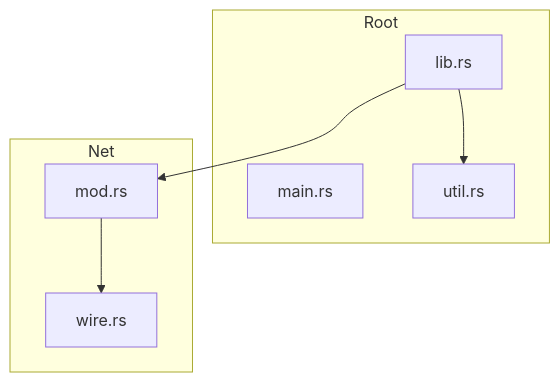
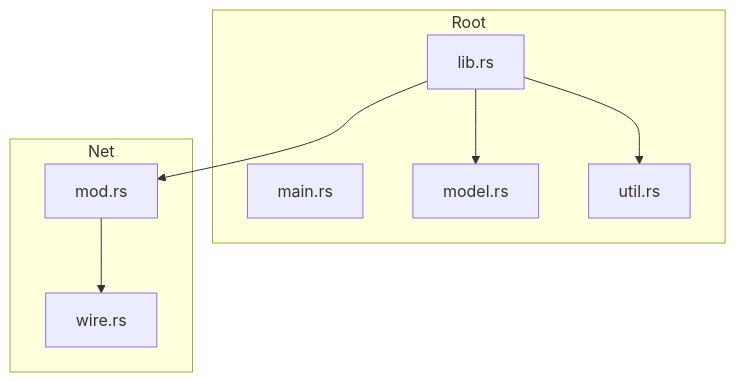
One commit to danielsimonjr/repo-tools changed the diagram in tests/golden/map/rs-repo/default/DEPENDENCY_GRAPH.md. Above: the diagram before and after it, drawn with Mermaid. The commit also changed other lines of this file and 42 other files, not shown here.

````diff
--- a/tests/golden/map/rs-repo/default/DEPENDENCY_GRAPH.md
+++ b/tests/golden/map/rs-repo/default/DEPENDENCY_GRAPH.md
@@ -103,17 +111,19 @@
 ```mermaid
 graph TD
     subgraph Root
         N0[lib.rs]
         N1[main.rs]
-        N2[util.rs]
+        N2[model.rs]
+        N3[util.rs]
     end
 
     subgraph Net
-        N3[mod.rs]
-        N4[wire.rs]
+        N4[mod.rs]
+        N5[wire.rs]
     end
 
+    N0 --> N2
+    N0 --> N4
     N0 --> N3
-    N0 --> N2
-    N3 --> N4
+    N4 --> N5
 ```
````
